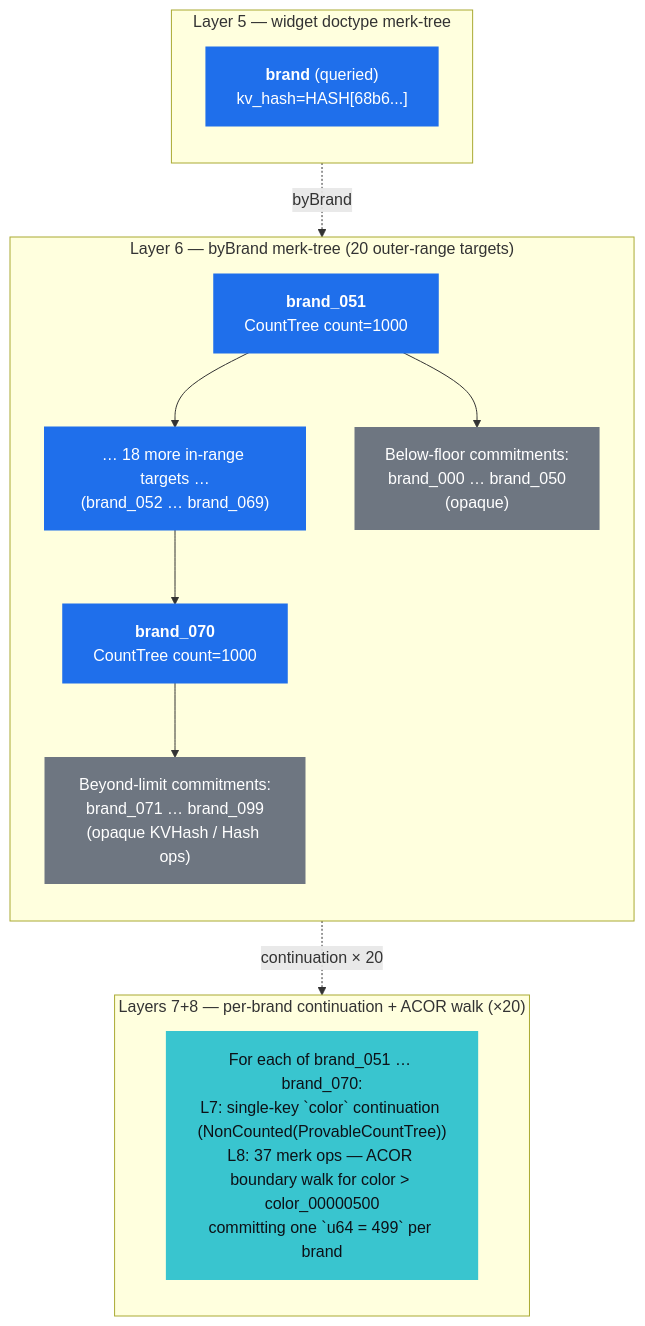
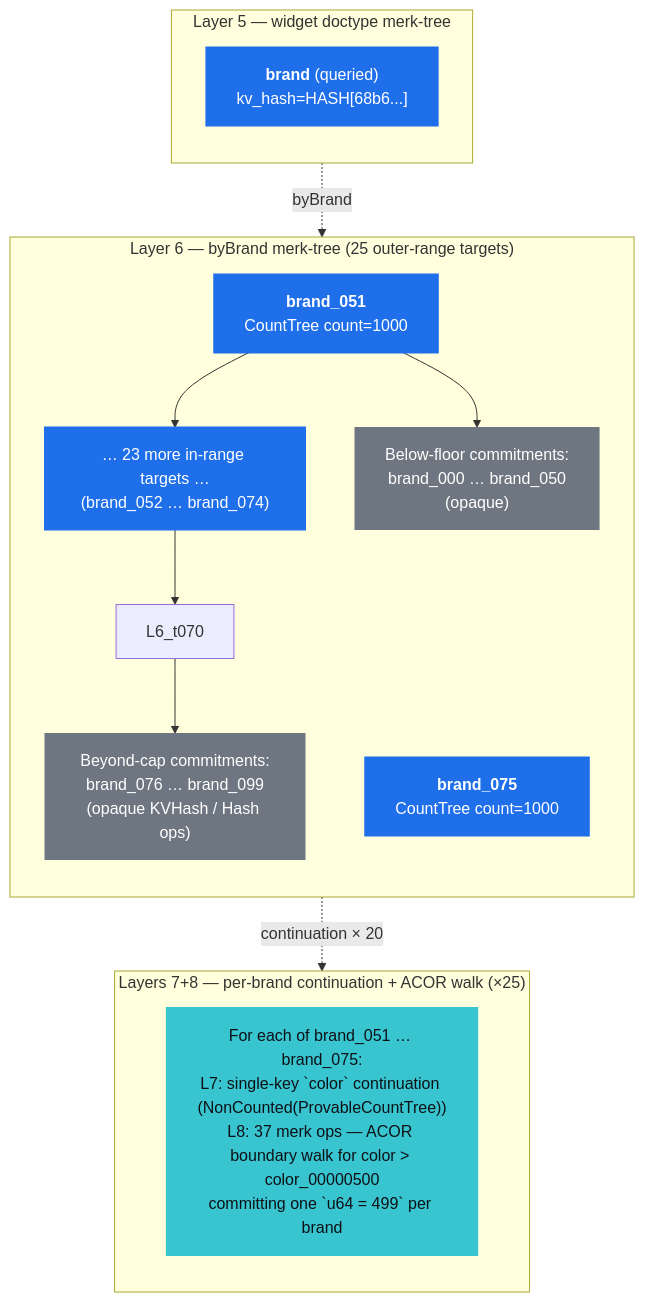
One commit to dashpay/platform changed diagram 14 of 14 in book/src/drive/count-index-group-by-examples.md. Above: the diagram before and after it, drawn with Mermaid. The commit also changed other lines of this file and 10 other files, not shown here.

First line of the commit message:
feat(drive): hardcode G8 outer-Range carrier limit at 25 + bump grovedb to PR #664 merge

````diff
--- a/book/src/drive/count-index-group-by-examples.md
+++ b/book/src/drive/count-index-group-by-examples.md
@@ -1306,33 +1314,33 @@
 ```mermaid
 flowchart TB
   subgraph L5["Layer 5 — widget doctype merk-tree"]
     direction TB
     L5_q["<b>brand</b> (queried)<br/>kv_hash=HASH[68b6...]"]:::queried
   end
 
-  subgraph L6["Layer 6 — byBrand merk-tree (20 outer-range targets)"]
+  subgraph L6["Layer 6 — byBrand merk-tree (25 outer-range targets)"]
     direction TB
     L6_t051["<b>brand_051</b><br/>CountTree count=1000"]:::queried
-    L6_tmid["… 18 more in-range targets …<br/>(brand_052 … brand_069)"]:::queried
-    L6_t070["<b>brand_070</b><br/>CountTree count=1000"]:::queried
-    L6_capped["Beyond-limit commitments:<br/>brand_071 … brand_099<br/>(opaque KVHash / Hash ops)"]:::sibling
+    L6_tmid["… 23 more in-range targets …<br/>(brand_052 … brand_074)"]:::queried
+    L6_t075["<b>brand_075</b><br/>CountTree count=1000"]:::queried
+    L6_capped["Beyond-cap commitments:<br/>brand_076 … brand_099<br/>(opaque KVHash / Hash ops)"]:::sibling
     L6_floor["Below-floor commitments:<br/>brand_000 … brand_050<br/>(opaque)"]:::sibling
 
     L6_t051 --> L6_tmid
     L6_tmid --> L6_t070
     L6_t070 --> L6_capped
     L6_t051 --> L6_floor
   end
 
-  subgraph L7L8["Layers 7+8 — per-brand continuation + ACOR walk (×20)"]
+  subgraph L7L8["Layers 7+8 — per-brand continuation + ACOR walk (×25)"]
     direction TB
-    L7L8_each["For each of brand_051 … brand_070:<br/>L7: single-key `color` continuation (NonCounted(ProvableCountTree))<br/>L8: 37 merk ops — ACOR boundary walk for color > color_00000500<br/>committing one `u64 = 499` per brand"]:::target
+    L7L8_each["For each of brand_051 … brand_075:<br/>L7: single-key `color` continuation (NonCounted(ProvableCountTree))<br/>L8: 37 merk ops — ACOR boundary walk for color > color_00000500<br/>committing one `u64 = 499` per brand"]:::target
   end
 
   L5_q -. "byBrand" .-> L6_t051
   L6_t051 -. "continuation × 20" .-> L7L8_each
 
   classDef queried fill:#1f6feb,color:#fff,stroke:#1f6feb,stroke-width:2px;
   classDef sibling fill:#6e7681,color:#fff,stroke:#6e7681;
   classDef target fill:#39c5cf,color:#0d1117,stroke:#39c5cf,stroke-width:3px;
 ```
````
